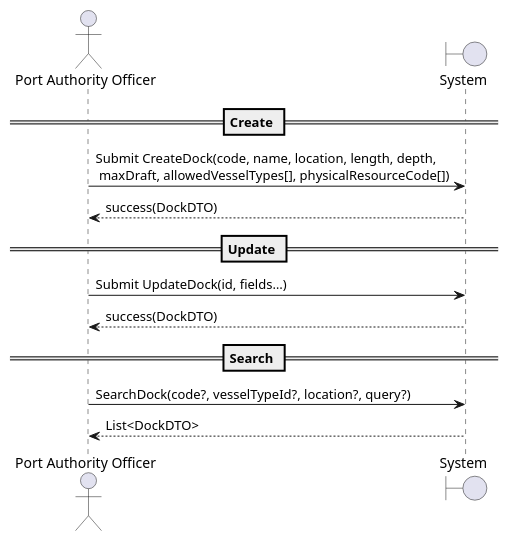
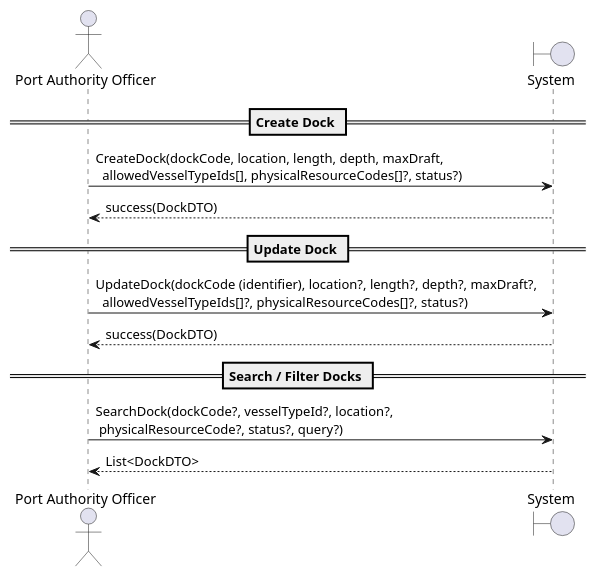
Before and after one commit to FranciscoMofreitaSantos/PortLogistics_ISEP: the diagram in docs/planning/Sprint1/Back-end-Module(s)/US-223/01.requirements-engineering/puml/us2.2.3-sequence-diagram.puml, drawn with PlantUML. The commit also changed 2 other files, not shown here.

```diff
--- a/docs/planning/Sprint1/Back-end-Module(s)/US-223/01.requirements-engineering/puml/us2.2.3-sequence-diagram.puml
+++ b/docs/planning/Sprint1/Back-end-Module(s)/US-223/01.requirements-engineering/puml/us2.2.3-sequence-diagram.puml
@@ -1,16 +1,16 @@
 @startuml
 actor "Port Authority Officer" as Officer
 boundary "System" as System
 
-== Create ==
-Officer -> System : Submit CreateDock(code, name, location, length, depth,\n maxDraft, allowedVesselTypes[], physicalResourceCode[])
+== Create Dock ==
+Officer -> System : CreateDock(dockCode, location, length, depth, maxDraft,\n  allowedVesselTypeIds[], physicalResourceCodes[]?, status?)
 System --> Officer : success(DockDTO)
 
-== Update ==
-Officer -> System : Submit UpdateDock(id, fields…)
+== Update Dock ==
+Officer -> System : UpdateDock(dockCode (identifier), location?, length?, depth?, maxDraft?,\n  allowedVesselTypeIds[]?, physicalResourceCodes[]?, status?)
 System --> Officer : success(DockDTO)
 
-== Search ==
-Officer -> System : SearchDock(code?, vesselTypeId?, location?, query?)
+== Search / Filter Docks ==
+Officer -> System : SearchDock(dockCode?, vesselTypeId?, location?,\n physicalResourceCode?, status?, query?)
 System --> Officer : List<DockDTO>
 @enduml
```
